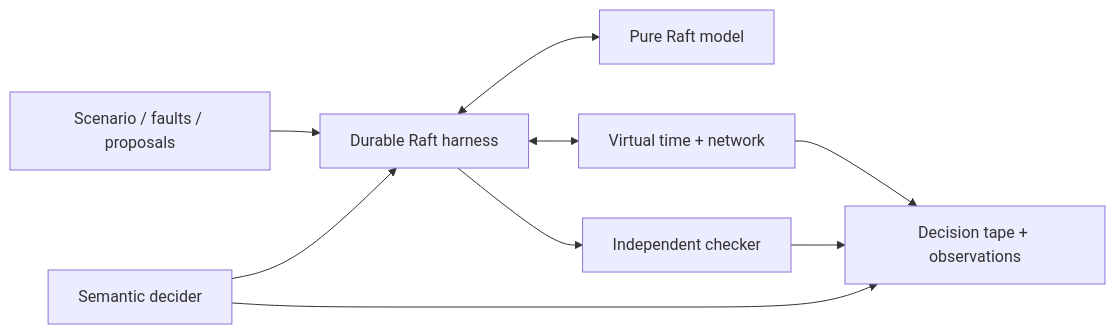
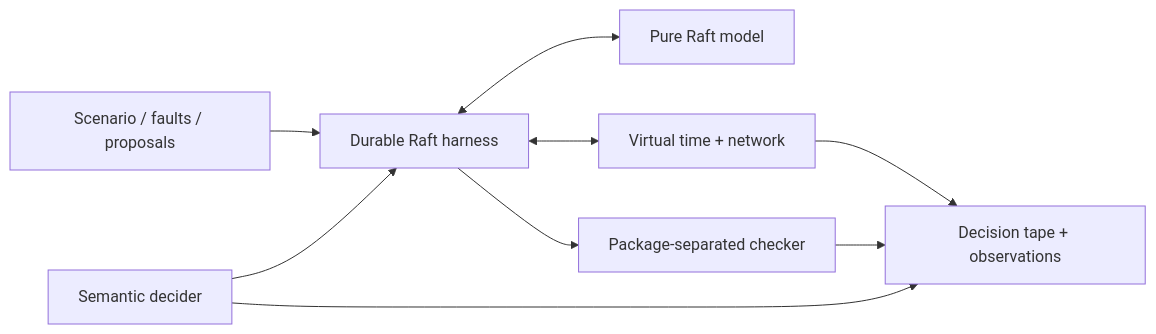
One commit to Aminkbi/d-raft changed the diagram in README.md. Above: the diagram before and after it, drawn with Mermaid. The commit also changed other lines of this file and 23 other files, not shown here.

````diff
--- a/README.md
+++ b/README.md
@@ -65,19 +66,19 @@
 ```mermaid
 flowchart LR
     Scenario[Scenario / faults / proposals]
     Decisions[Semantic decider]
     Harness[Durable Raft harness]
     Model[Pure Raft model]
     Runtime[Virtual time + network]
-    Checker[Independent checker]
+    Checker[Package-separated checker]
     Artifact[Decision tape + observations]
 
     Scenario --> Harness
     Decisions --> Harness
     Harness <--> Model
     Harness <--> Runtime
     Harness --> Checker
     Decisions --> Artifact
     Runtime --> Artifact
     Checker --> Artifact
 ```
````
